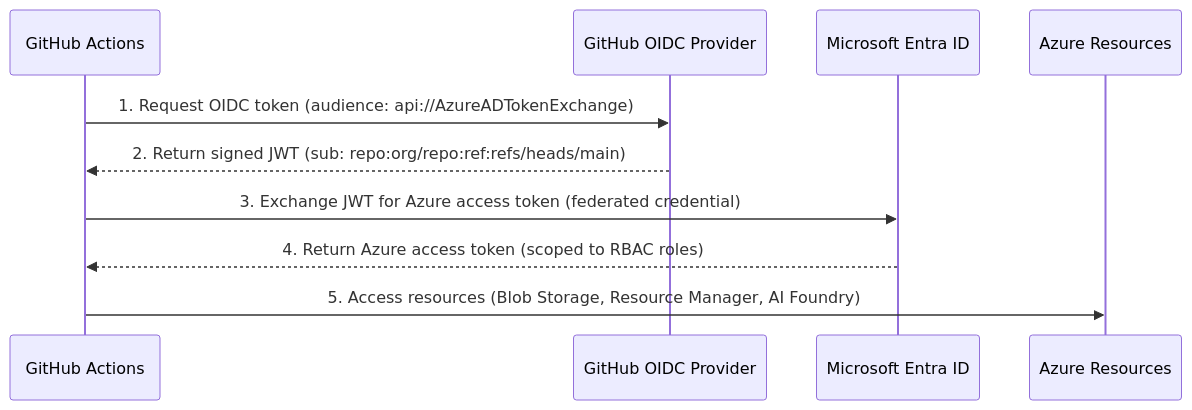
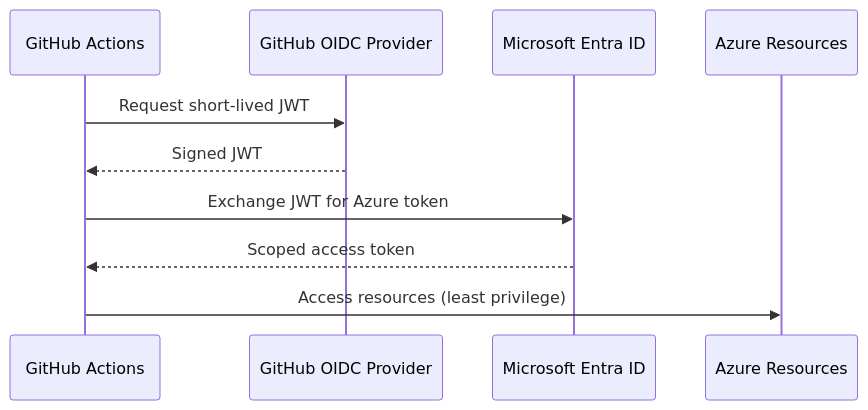
One commit to ks6088ts/template-github-copilot changed the fourth of 5 diagrams in docs/copilot_report_forge/architecture.md. Above: the diagram before and after it, drawn with Mermaid. The commit also changed other lines of this file and 14 other files, not shown here.

````diff
--- a/docs/copilot_report_forge/architecture.md
+++ b/docs/copilot_report_forge/architecture.md
@@ -434,13 +145,13 @@
 ```mermaid
 sequenceDiagram
-    participant GA as GitHub Actions
-    participant GH as GitHub OIDC Provider
-    participant AAD as Microsoft Entra ID
-    participant AZ as Azure Resources
+    participant Runner as GitHub Actions
+    participant OIDC as GitHub OIDC Provider
+    participant Entra as Microsoft Entra ID
+    participant Azure as Azure Resources
 
-    GA->>GH: 1. Request OIDC token (audience: api://AzureADTokenExchange)
-    GH-->>GA: 2. Return signed JWT (sub: repo:org/repo:ref:refs/heads/main)
-    GA->>AAD: 3. Exchange JWT for Azure access token (federated credential)
-    AAD-->>GA: 4. Return Azure access token (scoped to RBAC roles)
-    GA->>AZ: 5. Access resources (Blob Storage, Resource Manager, AI Foundry)
+    Runner->>OIDC: Request short-lived JWT
+    OIDC-->>Runner: Signed JWT
+    Runner->>Entra: Exchange JWT for Azure token
+    Entra-->>Runner: Scoped access token
+    Runner->>Azure: Access resources (least privilege)
 ```
````
